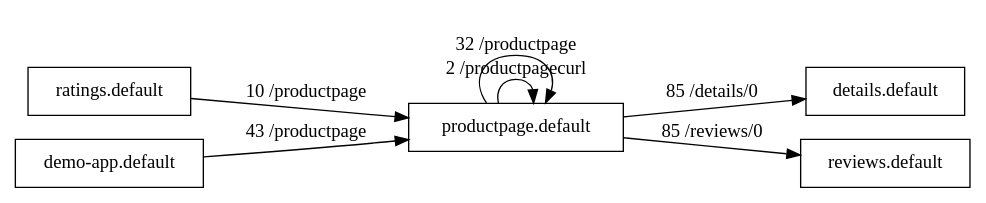
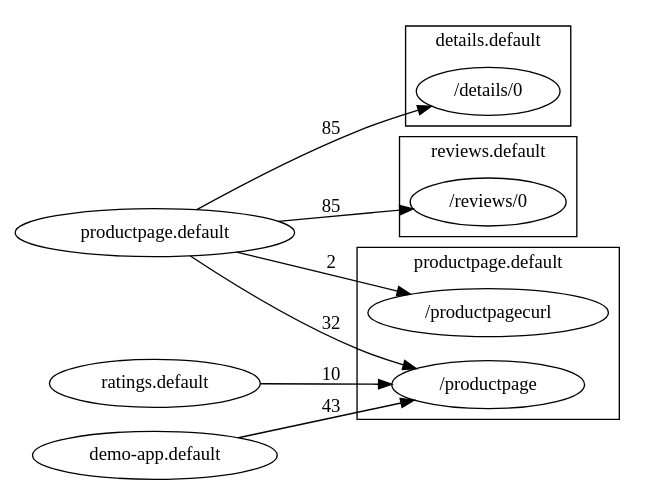
One commit to the-redback/istio-log-parsing changed the diagram in example/example.dot. Above: the diagram before and after it, drawn with Graphviz. The commit also changed 2 other files, not shown here.

```diff
--- a/example/example.dot
+++ b/example/example.dot
@@ -1,10 +1,46 @@
 digraph cil_rad {
 rankdir = LR;
-node [shape=box];
-"ratings.default"  -> "productpage.default" [ label = "10 /productpage" ];
-"productpage.default"  -> "details.default" [ label = "85 /details/0" ];
-"productpage.default"  -> "reviews.default" [ label = "85 /reviews/0" ];
-"productpage.default"  -> "productpage.default" [ label = "2 /productpagecurl" ];
-"demo-app.default"  -> "productpage.default" [ label = "43 /productpage" ];
-"productpage.default"  -> "productpage.default" [ label = "32 /productpage" ];
+node [shape=oval];
+
+subgraph cluster_productpage_default {
+label="productpage.default";
+productpage_default__productpage[label="/productpage"];
 }
+
+"ratings.default"  -> "productpage_default__productpage" [label = "10" ];
+
+subgraph cluster_details_default {
+label="details.default";
+details_default__details_0[label="/details/0"];
+}
+
+"productpage.default"  -> "details_default__details_0" [label = "85" ];
+
+subgraph cluster_reviews_default {
+label="reviews.default";
+reviews_default__reviews_0[label="/reviews/0"];
+}
+
+"productpage.default"  -> "reviews_default__reviews_0" [label = "85" ];
+
+subgraph cluster_productpage_default {
+label="productpage.default";
+productpage_default__productpagecurl[label="/productpagecurl"];
+}
+
+"productpage.default"  -> "productpage_default__productpagecurl" [label = "2" ];
+
+subgraph cluster_productpage_default {
+label="productpage.default";
+productpage_default__productpage[label="/productpage"];
+}
+
+"demo-app.default"  -> "productpage_default__productpage" [label = "43" ];
+
+subgraph cluster_productpage_default {
+label="productpage.default";
+productpage_default__productpage[label="/productpage"];
+}
+
+"productpage.default"  -> "productpage_default__productpage" [label = "32" ];
+}
```
